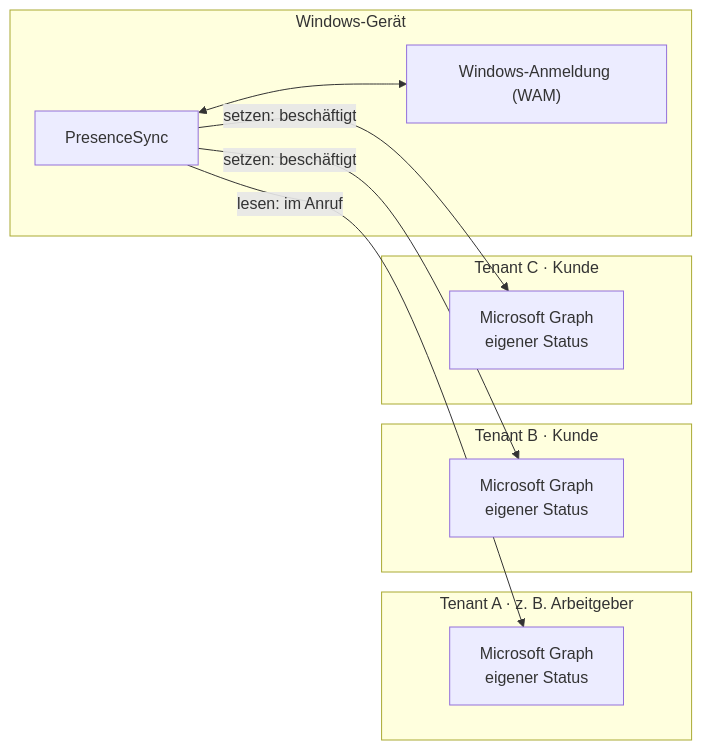
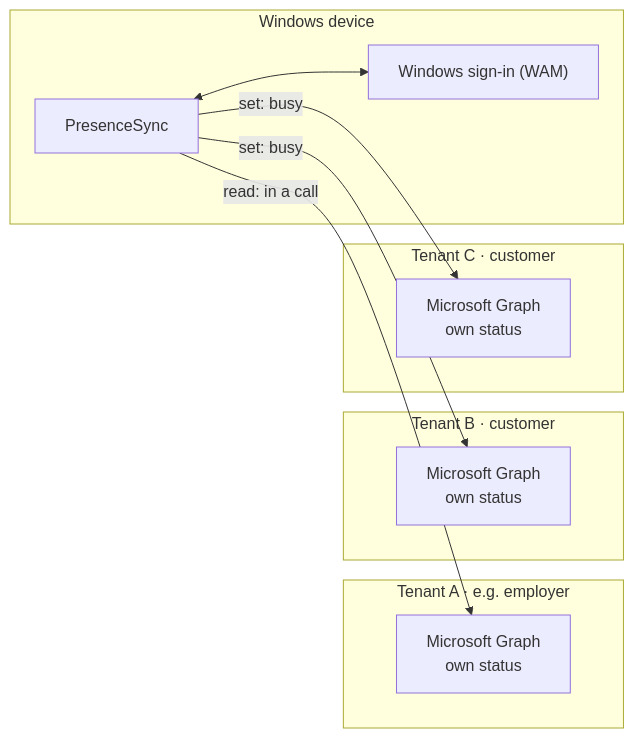
One commit to Lars-Level21/presencesync changed the diagram in README.md. Above: the diagram before and after it, drawn with Mermaid. The commit also changed other lines of this file and 43 other files, not shown here.

````diff
--- a/README.md
+++ b/README.md
@@ -34,20 +32,20 @@
 ```mermaid
 flowchart LR
-    subgraph PC["Windows-Gerät"]
+    subgraph PC["Windows device"]
         APP["PresenceSync"]
-        WAM["Windows-Anmeldung (WAM)"]
+        WAM["Windows sign-in (WAM)"]
         APP <--> WAM
     end
-    subgraph A["Tenant A · z. B. Arbeitgeber"]
-        GA["Microsoft Graph<br/>eigener Status"]
+    subgraph A["Tenant A · e.g. employer"]
+        GA["Microsoft Graph<br/>own status"]
     end
-    subgraph B["Tenant B · Kunde"]
-        GB["Microsoft Graph<br/>eigener Status"]
+    subgraph B["Tenant B · customer"]
+        GB["Microsoft Graph<br/>own status"]
     end
-    subgraph C["Tenant C · Kunde"]
-        GC["Microsoft Graph<br/>eigener Status"]
+    subgraph C["Tenant C · customer"]
+        GC["Microsoft Graph<br/>own status"]
     end
-    APP -- "lesen: im Anruf" --> GA
-    APP -- "setzen: beschäftigt" --> GB
-    APP -- "setzen: beschäftigt" --> GC
+    APP -- "read: in a call" --> GA
+    APP -- "set: busy" --> GB
+    APP -- "set: busy" --> GC
 ```
````
